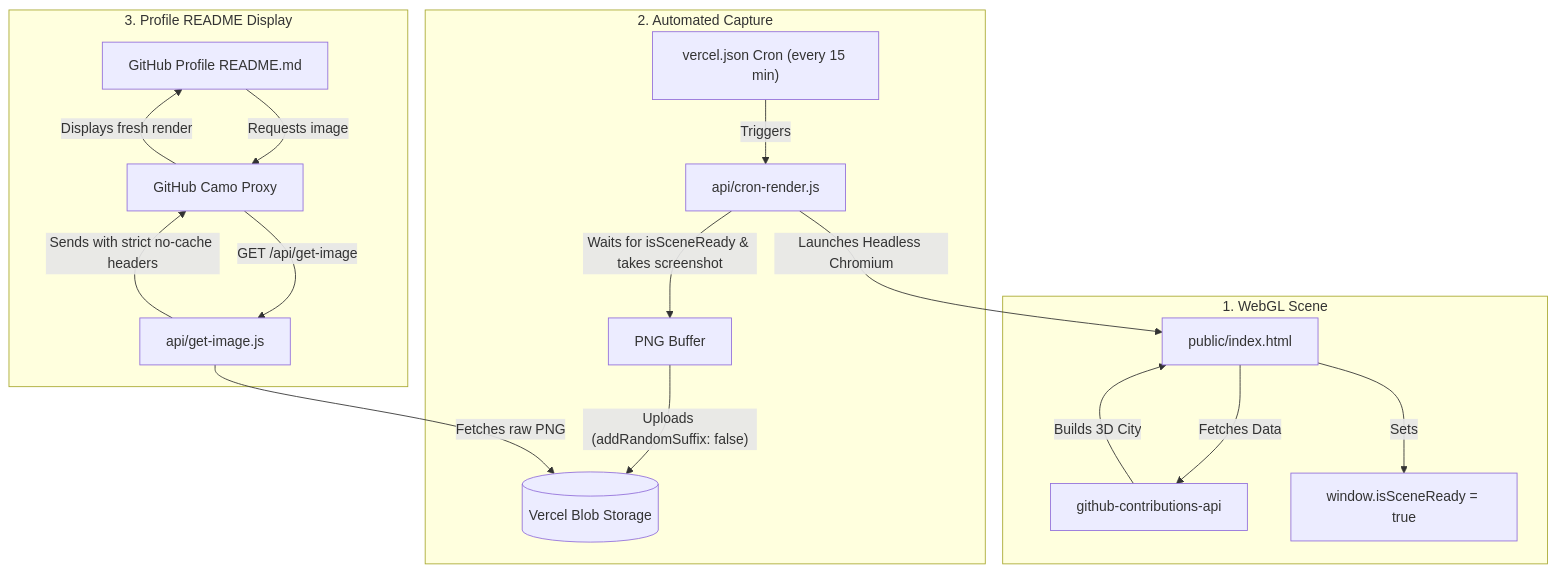
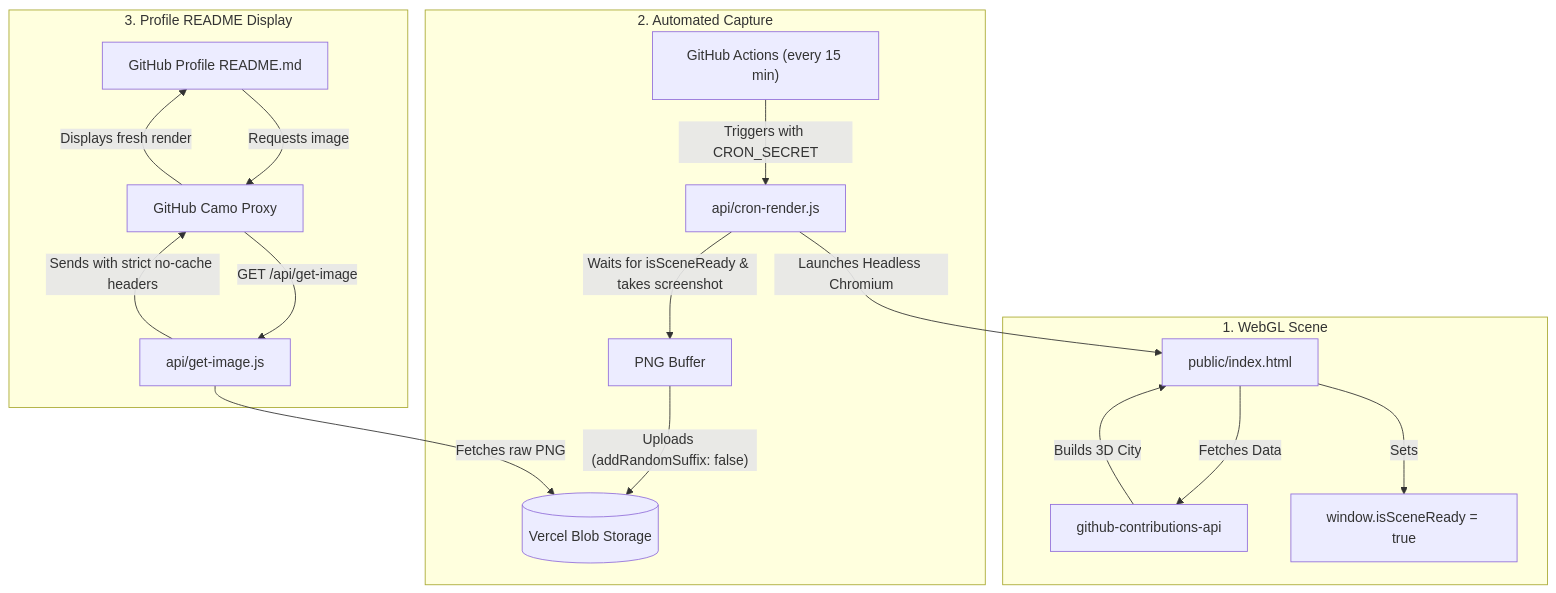
The diagram in README.md (LazyKaddu/Git-contribution-3d), drawn with Mermaid before and after one commit. The commit also changed other lines of this file and 3 other files, not shown here.

````diff
--- a/README.md
+++ b/README.md
@@ -23,23 +23,23 @@
 ```mermaid
 flowchart TD
     subgraph ThreeJS [1. WebGL Scene]
         A["public/index.html"] -->|"Fetches Data"| B["github-contributions-api"]
         B -->|"Builds 3D City"| A
         A -->|"Sets"| C["window.isSceneReady = true"]
     end
 
     subgraph Cron [2. Automated Capture]
-        D["vercel.json Cron (every 15 min)"] -->|"Triggers"| E["api/cron-render.js"]
+        D["GitHub Actions (every 15 min)"] -->|"Triggers with CRON_SECRET"| E["api/cron-render.js"]
         E -->|"Launches Headless Chromium"| A
         E -->|"Waits for isSceneReady & takes screenshot"| F["PNG Buffer"]
         F -->|"Uploads (addRandomSuffix: false)"| G[("Vercel Blob Storage")]
     end
 
     subgraph Delivery [3. Profile README Display]
         H["GitHub Profile README.md"] -->|"Requests image"| I["GitHub Camo Proxy"]
         I -->|"GET /api/get-image"| J["api/get-image.js"]
         J -->|"Fetches raw PNG"| G
         J -->|"Sends with strict no-cache headers"| I
         I -->|"Displays fresh render"| H
     end
 ```
````
